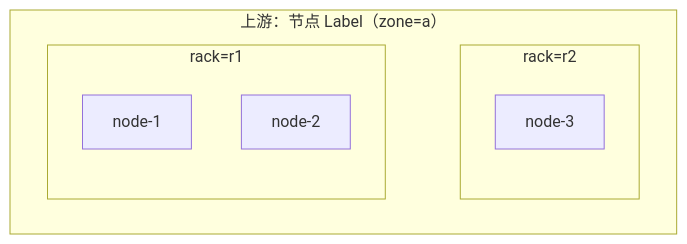
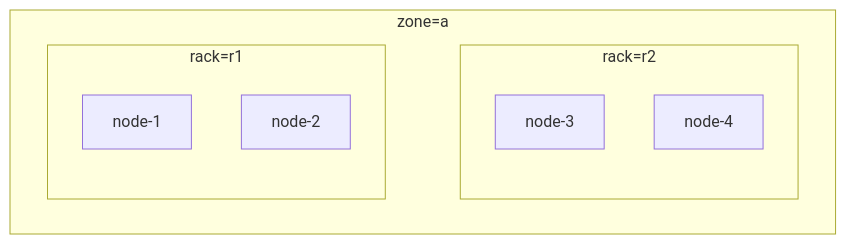
The sixth of 13 diagrams in docs/research/k8s-workload-aware-scheduling-vs-volcano-cn.md (JesseStutler/volcano), drawn with Mermaid before and after one commit. The commit also changed other lines of this file and 1 other file, not shown here.

````diff
--- a/docs/research/k8s-workload-aware-scheduling-vs-volcano-cn.md
+++ b/docs/research/k8s-workload-aware-scheduling-vs-volcano-cn.md
@@ -274,14 +330,15 @@
 ```mermaid
 flowchart LR
-    subgraph Z["上游：节点 Label（zone=a）"]
+    subgraph Z["zone=a"]
         direction LR
         subgraph R1["rack=r1"]
             UN1["node-1"]
             UN2["node-2"]
         end
         subgraph R2["rack=r2"]
             UN3["node-3"]
+            UN4["node-4"]
         end
     end
     R1 ~~~ R2
 ```
````
